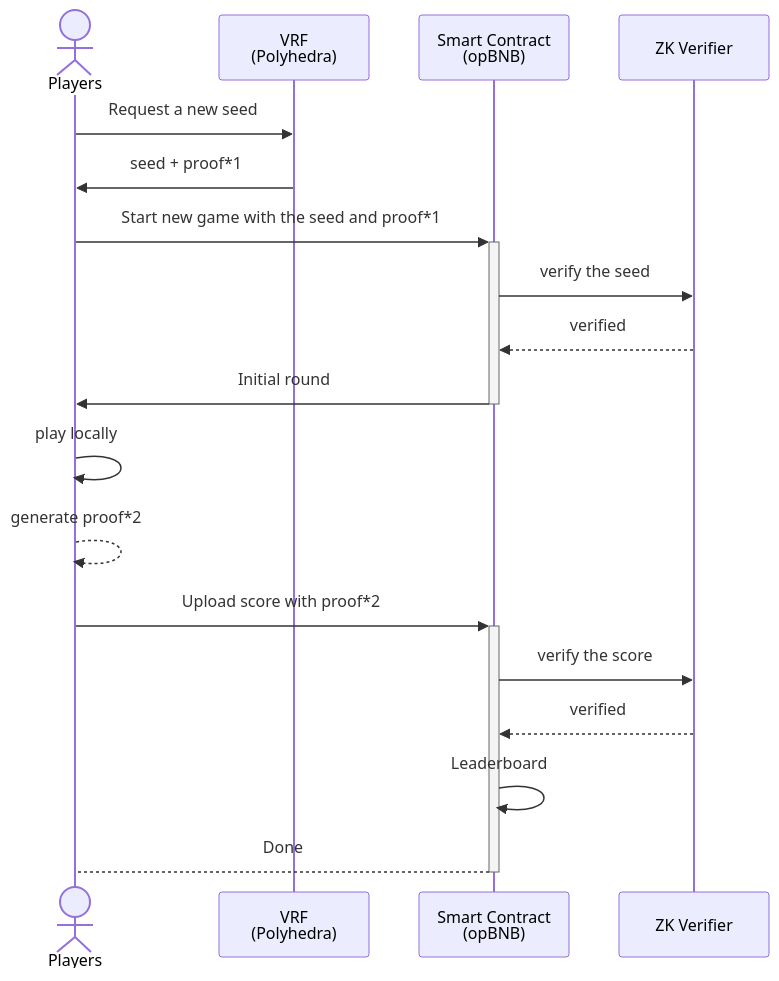
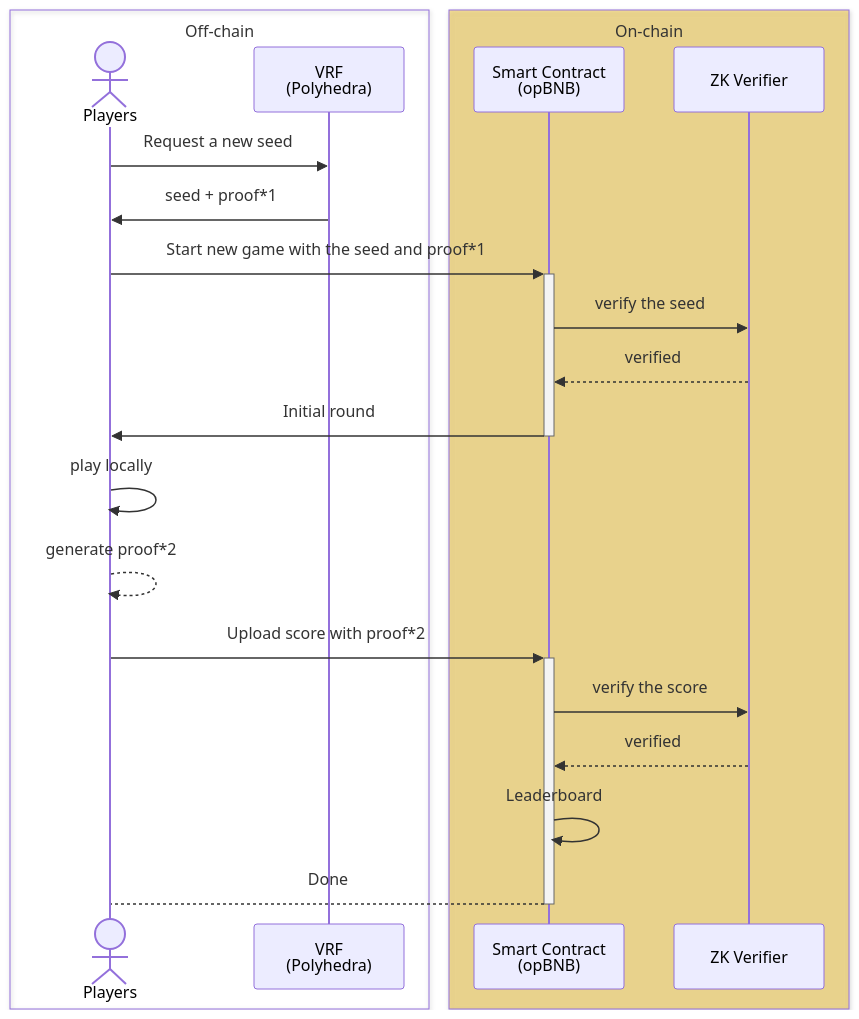
One commit to 0xZG/bnb-hackathon changed the diagram in README.md. Above: the diagram before and after it, drawn with Mermaid.

Commit message:
Mark on-chain & off-chain

````diff
--- a/README.md
+++ b/README.md
@@ -11,25 +11,30 @@
 ```mermaid
 sequenceDiagram
 
+box Off-chain
 actor P as Players
 participant VRF as VRF <br /> (Polyhedra)
+end
+
+box rgba(239,185,11,0.4) On-chain
 participant Contract as Smart Contract <br /> (opBNB)
 participant ZK as ZK Verifier
+end
 
 P ->> VRF: Request a new seed
 VRF ->> P: seed + proof*1
 
 P ->>+ Contract: Start new game with the seed and proof*1
 Contract ->> ZK: verify the seed
 ZK -->> Contract: verified
 Contract ->>- P: Initial round
 
 P ->> P: play locally
 P -->> P: generate proof*2
 
 P ->>+ Contract: Upload score with proof*2
 Contract ->> ZK: verify the score
 ZK -->> Contract: verified
 Contract ->> Contract: Leaderboard
 Contract -->- P: Done
 ```
````
